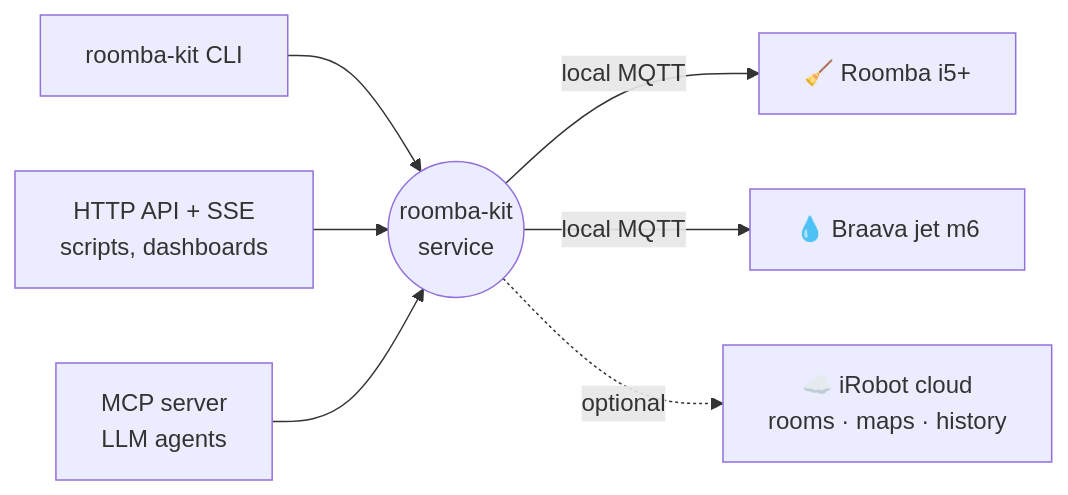
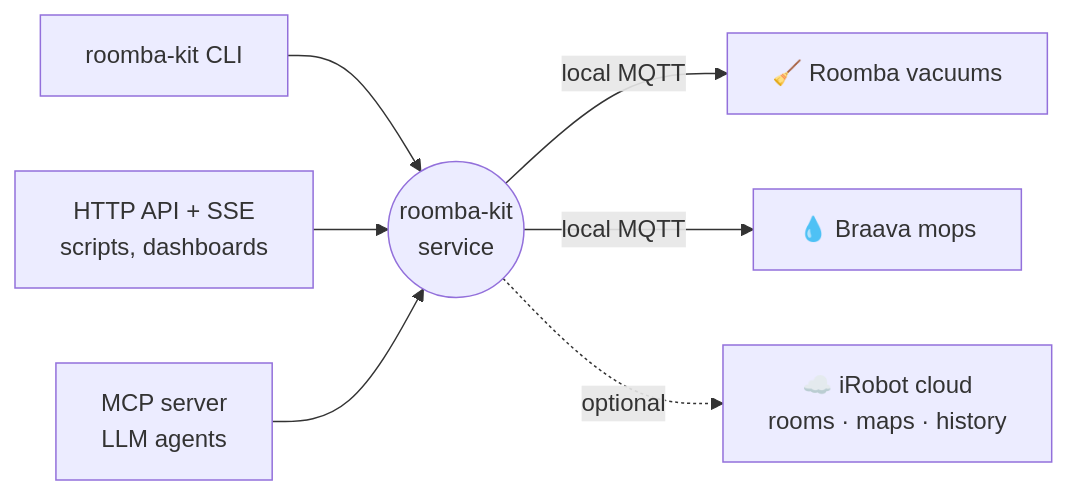
The diagram in README.md (Hfish21/roomba-kit), drawn with Mermaid before and after one commit. The commit also changed other lines of this file and 2 other files, not shown here.

````diff
--- a/README.md
+++ b/README.md
@@ -37,9 +46,9 @@
 ```mermaid
 flowchart LR
     CLI["roomba-kit CLI"] --> SVC
     HTTP["HTTP API + SSE<br/>scripts, dashboards"] --> SVC
     MCP["MCP server<br/>LLM agents"] --> SVC
-    SVC(("roomba-kit<br/>service")) -- "local MQTT" --> R1["🧹 Roomba i5+"]
-    SVC -- "local MQTT" --> R2["💧 Braava jet m6"]
+    SVC(("roomba-kit<br/>service")) -- "local MQTT" --> R1["🧹 Roomba vacuums"]
+    SVC -- "local MQTT" --> R2["💧 Braava mops"]
     SVC -. "optional" .-> C["☁️ iRobot cloud<br/>rooms · maps · history"]
 ```
````
